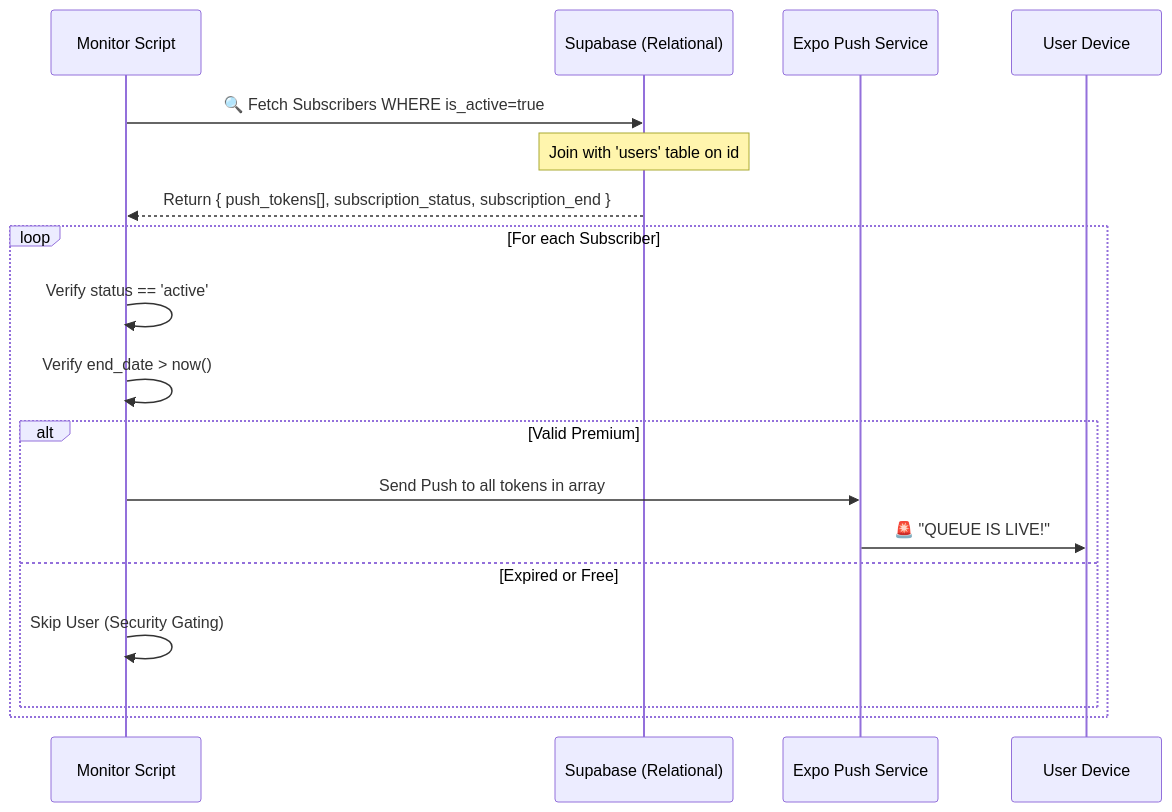
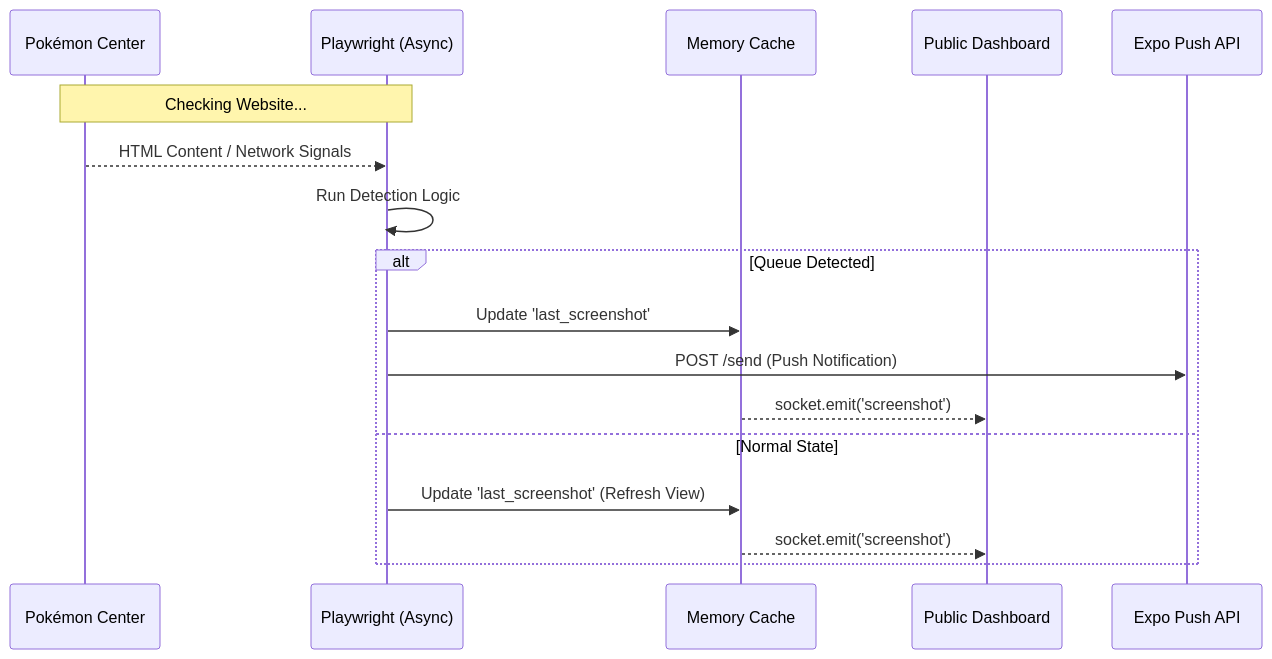
One commit to joshuatochinwachi/HollowScan-Mobile-App changed the second of 2 diagrams in POKEMON_CENTER_MONITOR_ARCHITECTURE.md. Above: the diagram before and after it, drawn with Mermaid. The commit also changed other lines of this file and 2 other files, not shown here.

Commit message:
pc monitor doc

````diff
--- a/POKEMON_CENTER_MONITOR_ARCHITECTURE.md
+++ b/POKEMON_CENTER_MONITOR_ARCHITECTURE.md
@@ -89,23 +88,21 @@
 ```mermaid
 sequenceDiagram
-    participant M as Monitor Script
-    participant S as Supabase (Relational)
-    participant E as Expo Push Service
-    participant U as User Device
-
-    M->>S: 🔍 Fetch Subscribers WHERE is_active=true
-    Note over S: Join with 'users' table on id
-    S-->>M: Return { push_tokens[], subscription_status, subscription_end }
+    participant PC as Pokémon Center
+    participant PW as Playwright (Async)
+    participant Mem as Memory Cache
+    participant Dash as Public Dashboard
+    participant Expo as Expo Push API
     
-    loop For each Subscriber
-        M->>M: Verify status == 'active'
-        M->>M: Verify end_date > now()
-        
-        alt Valid Premium
-            M->>E: Send Push to all tokens in array
-            E->>U: 🚨 "QUEUE IS LIVE!"
-        else Expired or Free
-            M->>M: Skip User (Security Gating)
-        end
+    Note over PW,PC: Checking Website...
+    PC-->>PW: HTML Content / Network Signals
+    PW->>PW: Run Detection Logic
+    
+    alt Queue Detected
+        PW->>Mem: Update 'last_screenshot'
+        PW->>Expo: POST /send (Push Notification)
+        Mem-->>Dash: socket.emit('screenshot')
+    else Normal State
+        PW->>Mem: Update 'last_screenshot' (Refresh View)
+        Mem-->>Dash: socket.emit('screenshot')
     end
 ```
````
